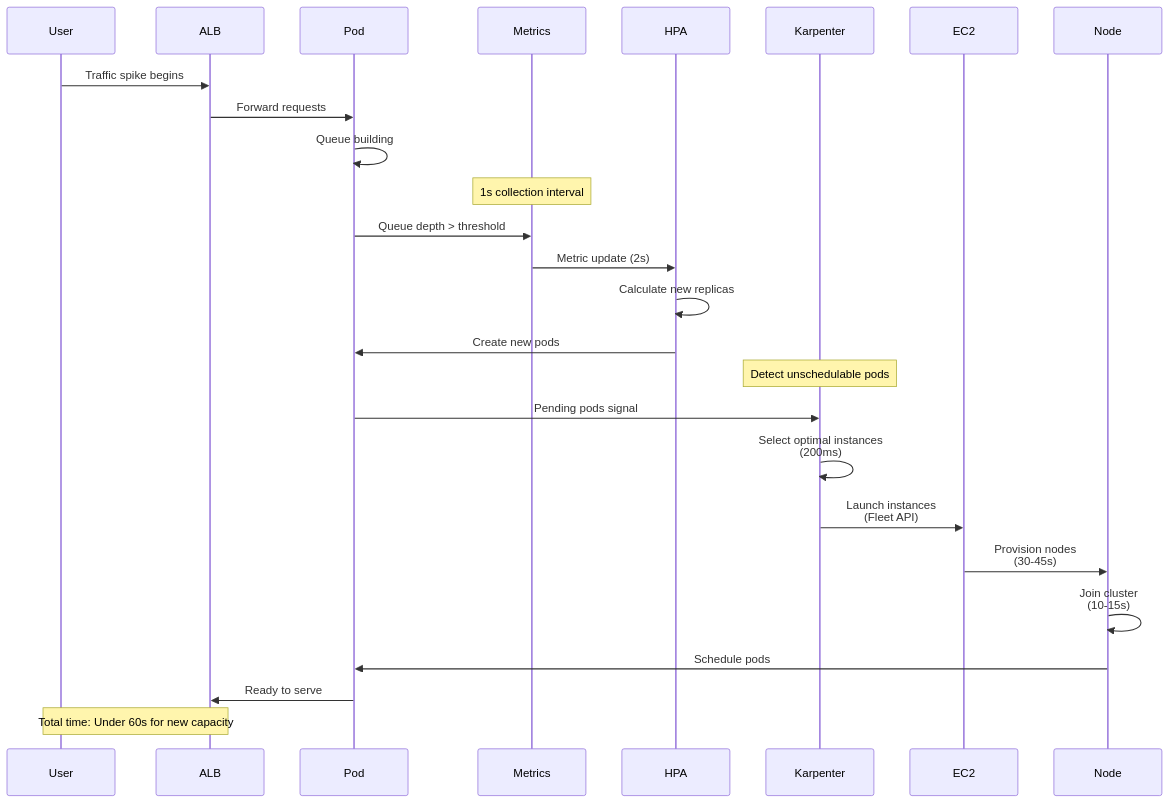
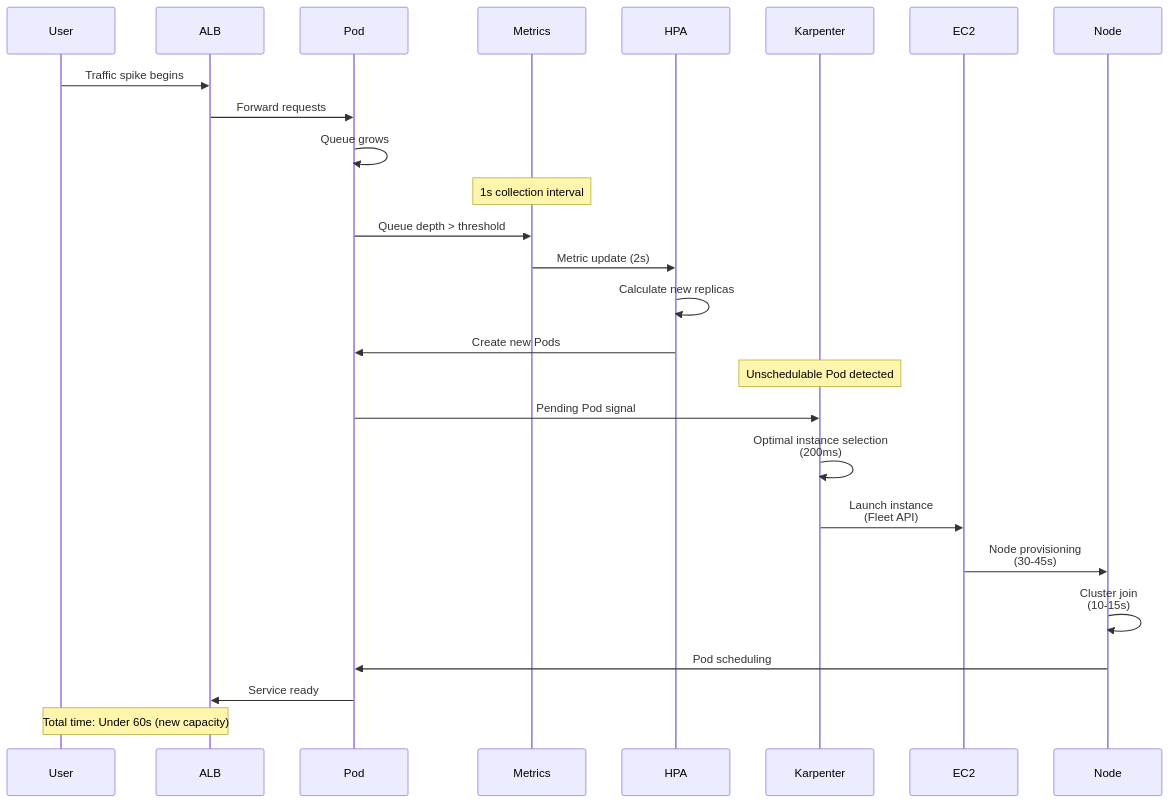
Diagram 11 of 33 in i18n/en/docusaurus-plugin-content-docs/current/infrastructure-optimization/karpenter-autoscaling.md (devfloor9/engineering-playbook), drawn with Mermaid before and after one commit. The commit also changed other lines of this file and 43 other files, not shown here.

````diff
--- a/i18n/en/docusaurus-plugin-content-docs/current/infrastructure-optimization/karpenter-autoscaling.md
+++ b/i18n/en/docusaurus-plugin-content-docs/current/infrastructure-optimization/karpenter-autoscaling.md
@@ -451,36 +701,36 @@
 ```mermaid
 sequenceDiagram
     participant User
     participant ALB
     participant Pod
     participant Metrics
     participant HPA
     participant Karpenter
     participant EC2
     participant Node
 
     User->>ALB: Traffic spike begins
     ALB->>Pod: Forward requests
-    Pod->>Pod: Queue building
+    Pod->>Pod: Queue grows
 
     Note over Metrics: 1s collection interval
     Pod->>Metrics: Queue depth > threshold
     Metrics->>HPA: Metric update (2s)
 
     HPA->>HPA: Calculate new replicas
-    HPA->>Pod: Create new pods
+    HPA->>Pod: Create new Pods
 
-    Note over Karpenter: Detect unschedulable pods
-    Pod->>Karpenter: Pending pods signal
-    Karpenter->>Karpenter: Select optimal instances<br/>(200ms)
+    Note over Karpenter: Unschedulable Pod detected
+    Pod->>Karpenter: Pending Pod signal
+    Karpenter->>Karpenter: Optimal instance selection<br/>(200ms)
 
-    Karpenter->>EC2: Launch instances<br/>(Fleet API)
-    EC2->>Node: Provision nodes<br/>(30-45s)
+    Karpenter->>EC2: Launch instance<br/>(Fleet API)
+    EC2->>Node: Node provisioning<br/>(30-45s)
 
-    Node->>Node: Join cluster<br/>(10-15s)
-    Node->>Pod: Schedule pods
-    Pod->>ALB: Ready to serve
+    Node->>Node: Cluster join<br/>(10-15s)
+    Node->>Pod: Pod scheduling
+    Pod->>ALB: Service ready
 
-    Note over User,ALB: Total time: Under 60s for new capacity
+    Note over User,ALB: Total time: Under 60s (new capacity)
 
 ```
````
